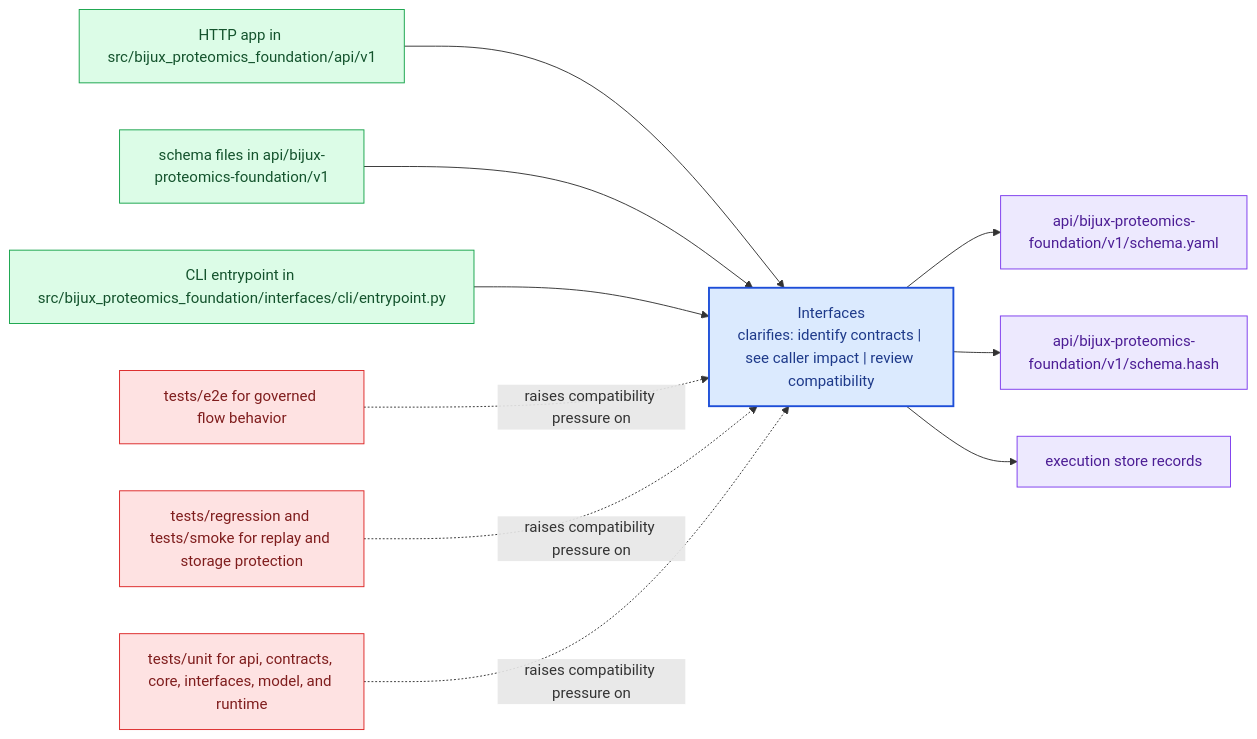
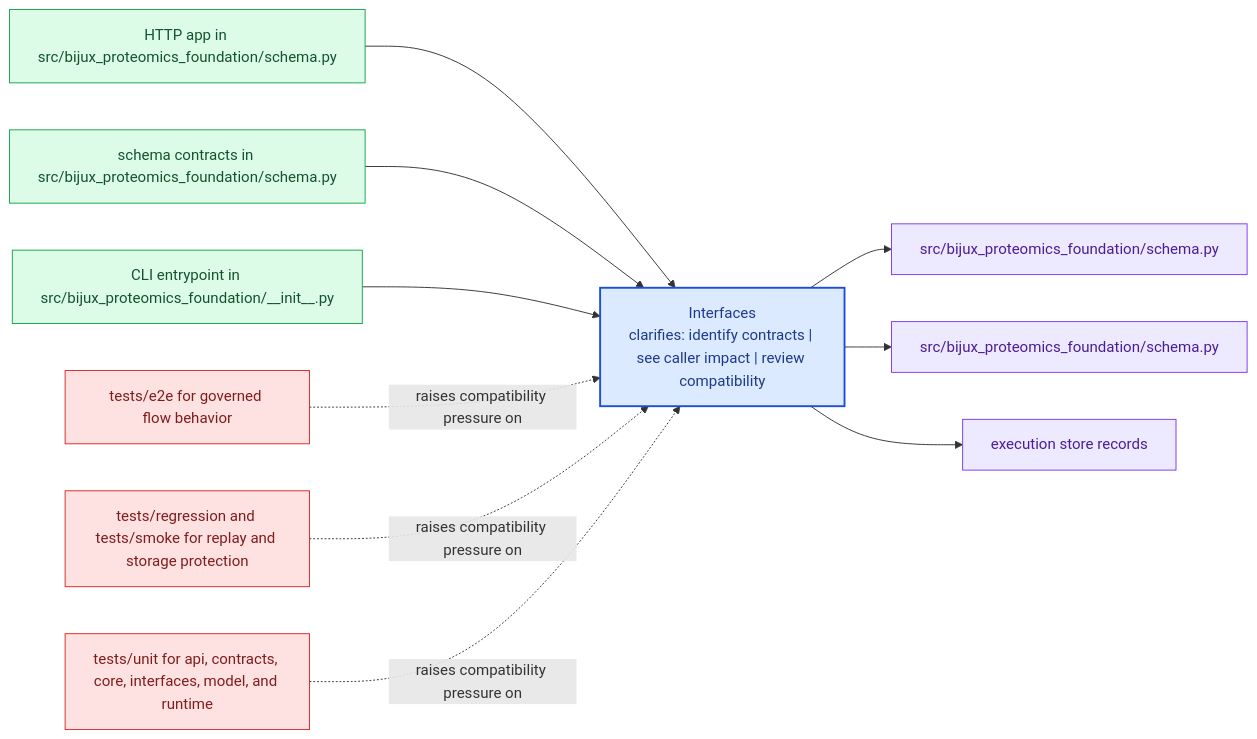
Before and after one commit to bijux/bijux-proteomics: the diagram in docs/bijux-proteomics-foundation/interfaces/index.md, drawn with Mermaid. The commit also changed other lines of this file and 24 other files, not shown here.

Commit message:
docs(bijux-proteomics-foundation): align package handbook to schema and serialization ownership

````diff
--- a/docs/bijux-proteomics-foundation/interfaces/index.md
+++ b/docs/bijux-proteomics-foundation/interfaces/index.md
@@ -20,31 +20,31 @@
 ```mermaid
 flowchart LR
     page["Interfaces<br/>clarifies: identify contracts | see caller impact | review compatibility"]
     classDef page fill:#dbeafe,stroke:#1d4ed8,color:#1e3a8a,stroke-width:2px;
     classDef positive fill:#dcfce7,stroke:#16a34a,color:#14532d;
     classDef caution fill:#fee2e2,stroke:#dc2626,color:#7f1d1d;
     classDef anchor fill:#ede9fe,stroke:#7c3aed,color:#4c1d95;
     classDef action fill:#fef3c7,stroke:#d97706,color:#7c2d12;
-    surface1["HTTP app in src/bijux_proteomics_foundation/api/v1"]
+    surface1["HTTP app in src/bijux_proteomics_foundation/schema.py"]
     surface1 --> page
-    surface2["schema files in api/bijux-proteomics-foundation/v1"]
+    surface2["schema contracts in src/bijux_proteomics_foundation/schema.py"]
     surface2 --> page
-    surface3["CLI entrypoint in src/bijux_proteomics_foundation/interfaces/cli/entrypoint.py"]
+    surface3["CLI entrypoint in src/bijux_proteomics_foundation/__init__.py"]
     surface3 --> page
-    proof1["api/bijux-proteomics-foundation/v1/schema.yaml"]
+    proof1["src/bijux_proteomics_foundation/schema.py"]
     page --> proof1
-    proof2["api/bijux-proteomics-foundation/v1/schema.hash"]
+    proof2["src/bijux_proteomics_foundation/schema.py"]
     page --> proof2
     proof3["execution store records"]
     page --> proof3
     review1["tests/e2e for governed flow behavior"]
     review1 -.raises compatibility pressure on.-> page
     review2["tests/regression and tests/smoke for replay and storage protection"]
     review2 -.raises compatibility pressure on.-> page
     review3["tests/unit for api, contracts, core, interfaces, model, and runtime"]
     review3 -.raises compatibility pressure on.-> page
     class page page;
     class surface1,surface2,surface3 positive;
     class proof1,proof2,proof3 anchor;
     class review1,review2,review3 caution;
 ```
````
